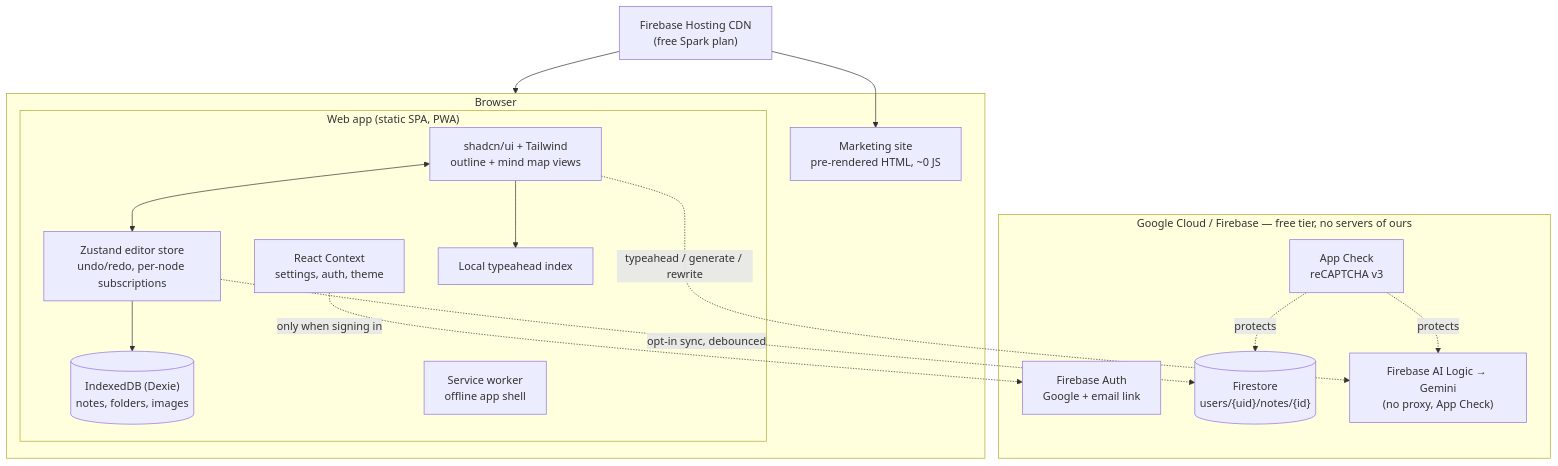
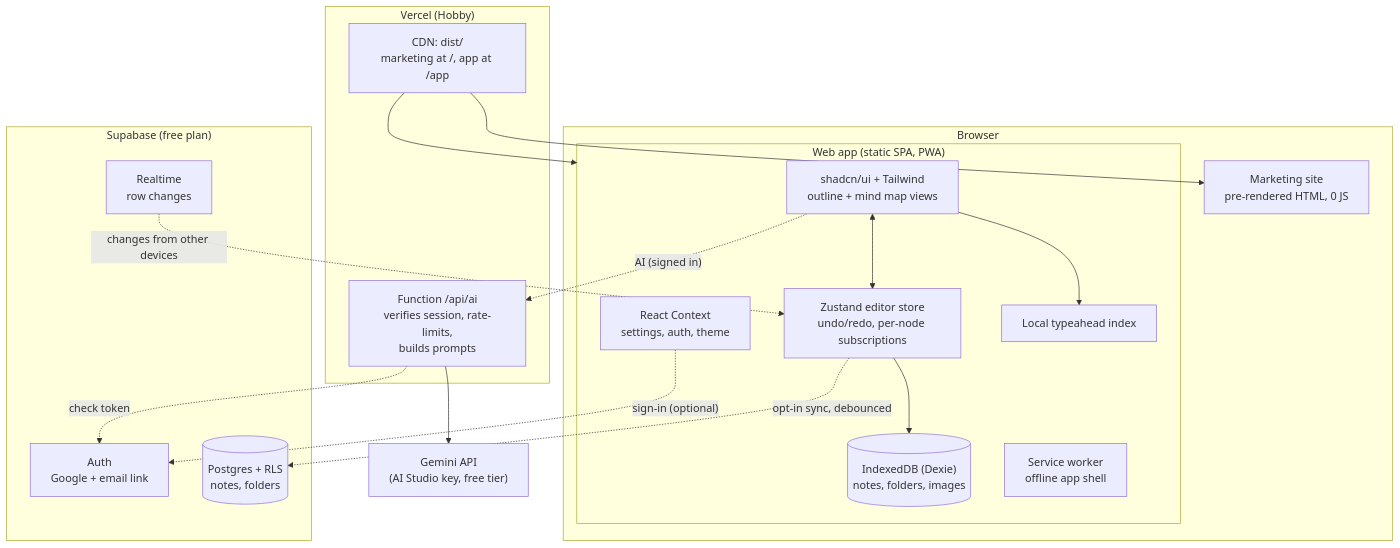
One commit to Sashank-Deb/Noodl changed the diagram in README.md. Above: the diagram before and after it, drawn with Mermaid. The commit also changed other lines of this file and 58 other files, not shown here.

First line of the commit message:
Move off GCP: Vercel hosting, Supabase auth + sync, Gemini behind /api/ai

````diff
--- a/README.md
+++ b/README.md
@@ -15,28 +18,32 @@
 ```mermaid
 flowchart TB
   subgraph Browser
-    MKT["Marketing site<br/>pre-rendered HTML, ~0 JS"]
+    MKT["Marketing site<br/>pre-rendered HTML, 0 JS"]
     subgraph APP["Web app (static SPA, PWA)"]
       UI["shadcn/ui + Tailwind<br/>outline + mind map views"]
       Z["Zustand editor store<br/>undo/redo, per-node subscriptions"]
       CTX["React Context<br/>settings, auth, theme"]
       IDB[("IndexedDB (Dexie)<br/>notes, folders, images")]
       SW["Service worker<br/>offline app shell"]
       LOCAL["Local typeahead index"]
     end
   end
-  CDN["Firebase Hosting CDN<br/>(free Spark plan)"]
-  subgraph GCP["Google Cloud / Firebase — free tier, no servers of ours"]
-    AUTH["Firebase Auth<br/>Google + email link"]
-    FS[("Firestore<br/>users/{uid}/notes/{id}")]
-    AIL["Firebase AI Logic → Gemini<br/>(no proxy, App Check)"]
-    AC["App Check<br/>reCAPTCHA v3"]
+  subgraph VERCEL["Vercel (Hobby)"]
+    CDN["CDN: dist/<br/>marketing at /, app at /app"]
+    FN["Function /api/ai<br/>verifies session, rate-limits,<br/>builds prompts"]
   end
+  subgraph SUPA["Supabase (free plan)"]
+    AUTH["Auth<br/>Google + email link"]
+    PG[("Postgres + RLS<br/>notes, folders")]
+    RT["Realtime<br/>row changes"]
+  end
+  GEM["Gemini API<br/>(AI Studio key, free tier)"]
   CDN --> MKT & APP
   UI <--> Z --> IDB
   UI --> LOCAL
-  Z -. "opt-in sync, debounced" .-> FS
-  CTX -. "only when signing in" .-> AUTH
-  UI -. "typeahead / generate / rewrite" .-> AIL
-  AC -. protects .-> FS & AIL
+  CTX -. "sign-in (optional)" .-> AUTH
+  Z -. "opt-in sync, debounced" .-> PG
+  RT -. "changes from other devices" .-> Z
+  UI -. "AI (signed in)" .-> FN --> GEM
+  FN -. "check token" .-> AUTH
 ```
````
